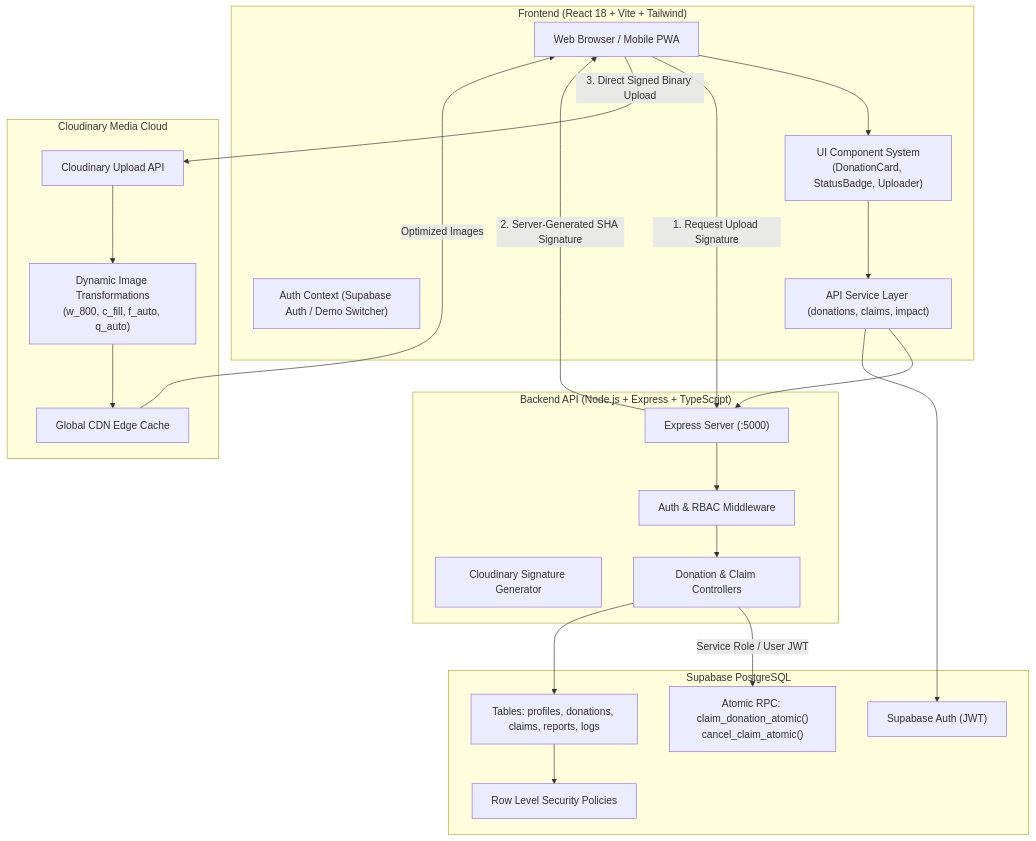
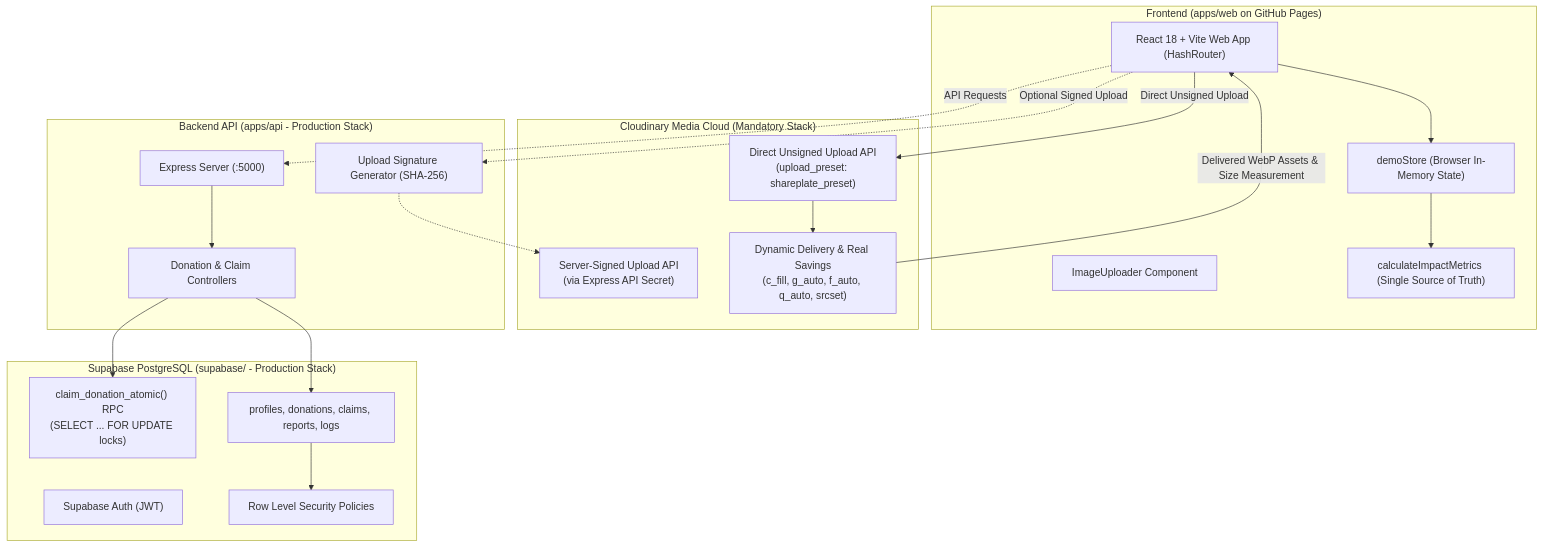
Before and after one commit to pratitdedhia/SharePlate: the diagram in docs/architecture.md, drawn with Mermaid. The commit also changed other lines of this file and 61 other files, not shown here.

````diff
--- a/docs/architecture.md
+++ b/docs/architecture.md
@@ -24,49 +23,44 @@
 ```mermaid
 graph TD
-    subgraph Client ["Frontend (React 18 + Vite + Tailwind)"]
-        Browser["Web Browser / Mobile PWA"]
-        UI["UI Component System<br/>(DonationCard, StatusBadge, Uploader)"]
-        AuthCtx["Auth Context (Supabase Auth / Demo Switcher)"]
-        ServiceLayer["API Service Layer (donations, claims, impact)"]
+    subgraph DeployedClient ["Frontend (apps/web on GitHub Pages)"]
+        Browser["React 18 + Vite Web App (HashRouter)"]
+        Uploader["ImageUploader Component"]
+        DemoStore["demoStore (Browser In-Memory State)"]
+        ImpactEngine["calculateImpactMetrics (Single Source of Truth)"]
     end
 
-    subgraph CDN ["Cloudinary Media Cloud"]
-        CloudinaryAPI["Cloudinary Upload API"]
-        TransformationEngine["Dynamic Image Transformations<br/>(w_800, c_fill, f_auto, q_auto)"]
-        CDNEdge["Global CDN Edge Cache"]
+    subgraph Media ["Cloudinary Media Cloud (Mandatory Stack)"]
+        CloudinaryUnsigned["Direct Unsigned Upload API<br/>(upload_preset: shareplate_preset)"]
+        CloudinarySigned["Server-Signed Upload API<br/>(via Express API Secret)"]
+        EdgeCDN["Dynamic Delivery & Real Savings<br/>(c_fill, g_auto, f_auto, q_auto, srcset)"]
     end
 
-    subgraph Backend ["Backend API (Node.js + Express + TypeScript)"]
+    subgraph BackendAPI ["Backend API (apps/api - Production Stack)"]
         ExpressApp["Express Server (:5000)"]
-        AuthMiddleware["Auth & RBAC Middleware"]
-        Signer["Cloudinary Signature Generator"]
+        Signer["Upload Signature Generator (SHA-256)"]
         Controllers["Donation & Claim Controllers"]
     end
 
-    subgraph Database ["Supabase PostgreSQL"]
+    subgraph Database ["Supabase PostgreSQL (supabase/ - Production Stack)"]
         PgAuth["Supabase Auth (JWT)"]
-        Tables["Tables: profiles, donations, claims, reports, logs"]
-        RPC["Atomic RPC: claim_donation_atomic()<br/>cancel_claim_atomic()"]
         RLS["Row Level Security Policies"]
+        AtomicRPC["claim_donation_atomic() RPC<br/>(SELECT ... FOR UPDATE locks)"]
+        Tables["profiles, donations, claims, reports, logs"]
     end
 
-    Browser --> UI
-    UI --> ServiceLayer
-    ServiceLayer --> ExpressApp
-    ServiceLayer --> PgAuth
+    %% Deployed Static Flow
+    Browser -->|Direct Unsigned Upload| CloudinaryUnsigned
+    CloudinaryUnsigned --> EdgeCDN
+    EdgeCDN -->|Delivered WebP Assets & Size Measurement| Browser
+    Browser --> DemoStore
+    DemoStore --> ImpactEngine
 
-    %% Direct Signed Upload Flow
-    Browser -->|1. Request Upload Signature| ExpressApp
-    ExpressApp -->|2. Server-Generated SHA Signature| Browser
-    Browser -->|3. Direct Signed Binary Upload| CloudinaryAPI
-    CloudinaryAPI --> TransformationEngine
-    TransformationEngine --> CDNEdge
-
-    %% Core Data Flow
-    ExpressApp --> AuthMiddleware
-    AuthMiddleware --> Controllers
-    Controllers -->|Service Role / User JWT| RPC
+    %% Full-Stack Production Flow
+    Browser -.->|Optional Signed Upload| Signer
+    Signer -.-> CloudinarySigned
+    Browser -.->|API Requests| ExpressApp
+    ExpressApp --> Controllers
+    Controllers --> AtomicRPC
     Controllers --> Tables
     Tables --> RLS
-    CDNEdge -->|Optimized Images| Browser
 ```
````
